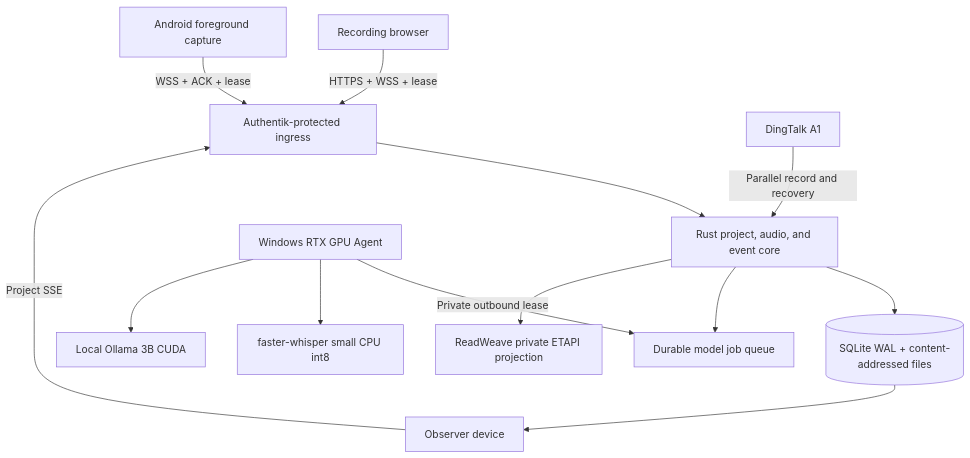
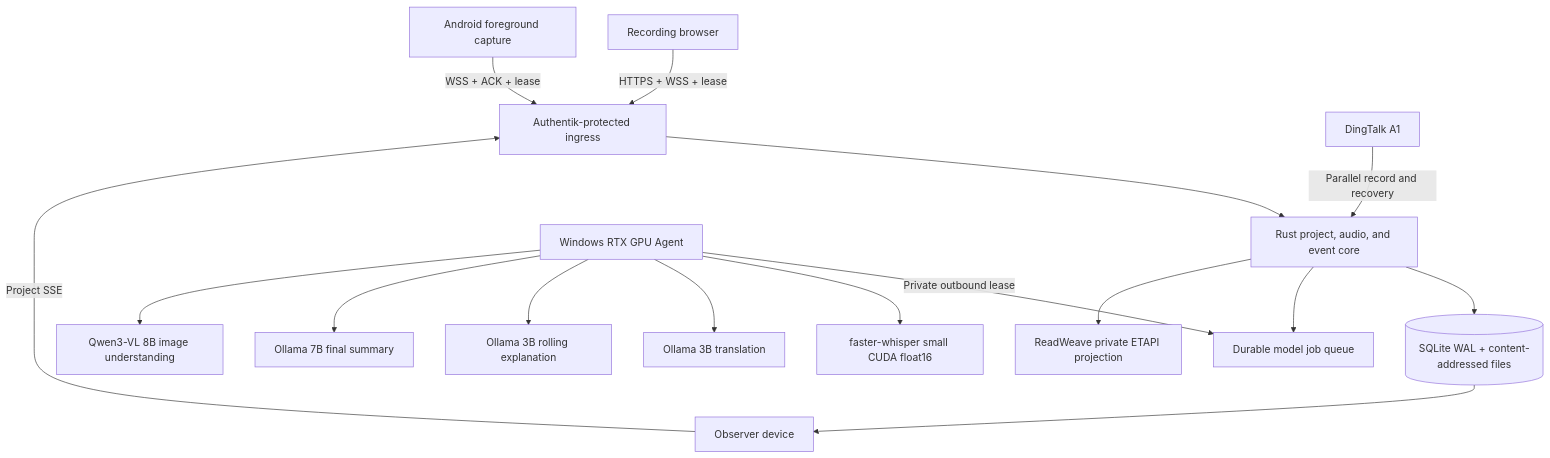
One commit to AIALRA-0/AIALRA-LIVE-TRANSLATE changed the diagram in README.en.md. Above: the diagram before and after it, drawn with Mermaid. The commit also changed other lines of this file and 57 other files, not shown here.

````diff
--- a/README.en.md
+++ b/README.en.md
@@ -38,15 +38,18 @@
 ```mermaid
 flowchart TD
   Recorder[Recording browser] -->|HTTPS + WSS + lease| Auth[Authentik-protected ingress]
   Observer[Observer device] -->|Project SSE| Auth
   Android[Android foreground capture] -->|WSS + ACK + lease| Auth
   A1[DingTalk A1] -->|Parallel record and recovery| Core
   Auth --> Core[Rust project, audio, and event core]
   Core --> Store[(SQLite WAL + content-addressed files)]
   Core --> Queue[Durable model job queue]
   Agent[Windows RTX GPU Agent] -->|Private outbound lease| Queue
-  Agent --> ASR[faster-whisper small CPU int8]
-  Agent --> LLM[Local Ollama 3B CUDA]
+  Agent --> ASR[faster-whisper small CUDA float16]
+  Agent --> Translate[Ollama 3B translation]
+  Agent --> Explain[Ollama 3B rolling explanation]
+  Agent --> Summary[Ollama 7B final summary]
+  Agent --> Vision[Qwen3-VL 8B image understanding]
   Core --> Notes[ReadWeave private ETAPI projection]
   Store --> Observer
 ```
````
